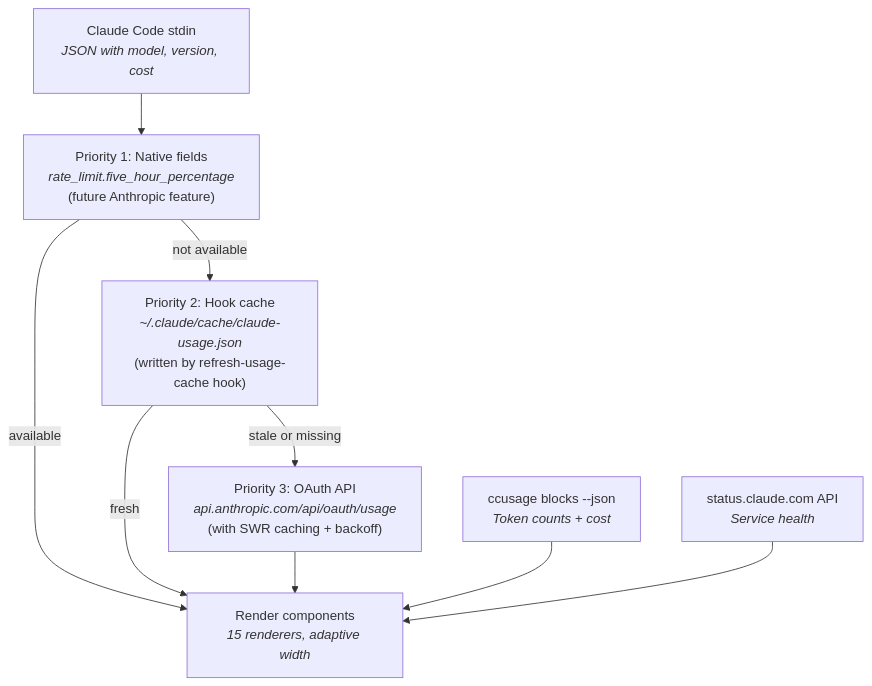
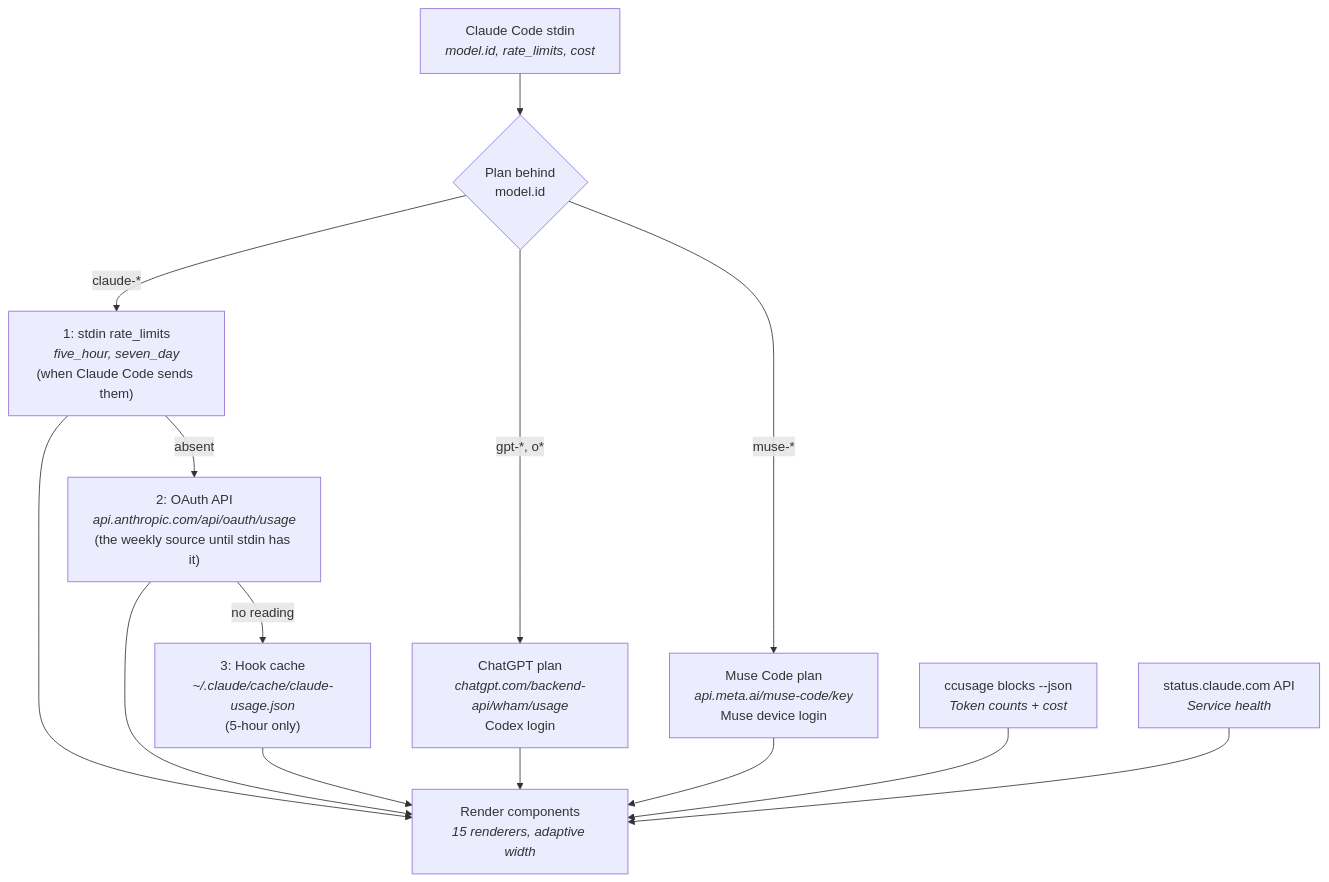
Before and after one commit to gutyoh/claude-code-config: the fourth of 4 diagrams in docs/architecture.md, drawn with Mermaid. The commit also changed other lines of this file and 12 other files, not shown here.

````diff
--- a/docs/architecture.md
+++ b/docs/architecture.md
@@ -113,19 +113,27 @@
 ```mermaid
 flowchart TD
-    INPUT["Claude Code stdin<br/><i>JSON with model, version, cost</i>"]
-    P1["Priority 1: Native fields<br/><i>rate_limit.five_hour_percentage</i><br/>(future Anthropic feature)"]
-    P2["Priority 2: Hook cache<br/><i>~/.claude/cache/claude-usage.json</i><br/>(written by refresh-usage-cache hook)"]
-    P3["Priority 3: OAuth API<br/><i>api.anthropic.com/api/oauth/usage</i><br/>(with SWR caching + backoff)"]
+    INPUT["Claude Code stdin<br/><i>model.id, rate_limits, cost</i>"]
+    PICK{"Plan behind<br/>model.id"}
+    P1["1: stdin rate_limits<br/><i>five_hour, seven_day</i><br/>(when Claude Code sends them)"]
+    P2["2: OAuth API<br/><i>api.anthropic.com/api/oauth/usage</i><br/>(the weekly source until stdin has it)"]
+    P3["3: Hook cache<br/><i>~/.claude/cache/claude-usage.json</i><br/>(5-hour only)"]
+    GPT["ChatGPT plan<br/><i>chatgpt.com/backend-api/wham/usage</i><br/>Codex login"]
+    MUSE["Muse Code plan<br/><i>api.meta.ai/muse-code/key</i><br/>Muse device login"]
     CCUSAGE["ccusage blocks --json<br/><i>Token counts + cost</i>"]
     STATUS["status.claude.com API<br/><i>Service health</i>"]
     RENDER["Render components<br/><i>15 renderers, adaptive width</i>"]
 
-    INPUT --> P1
-    P1 -->|not available| P2
-    P2 -->|stale or missing| P3
-    P1 -->|available| RENDER
-    P2 -->|fresh| RENDER
+    INPUT --> PICK
+    PICK -->|claude-*| P1
+    PICK -->|gpt-*, o*| GPT
+    PICK -->|muse-*| MUSE
+    P1 -->|absent| P2
+    P2 -->|no reading| P3
+    P1 --> RENDER
+    P2 --> RENDER
     P3 --> RENDER
+    GPT --> RENDER
+    MUSE --> RENDER
     CCUSAGE --> RENDER
     STATUS --> RENDER
 ```
````
